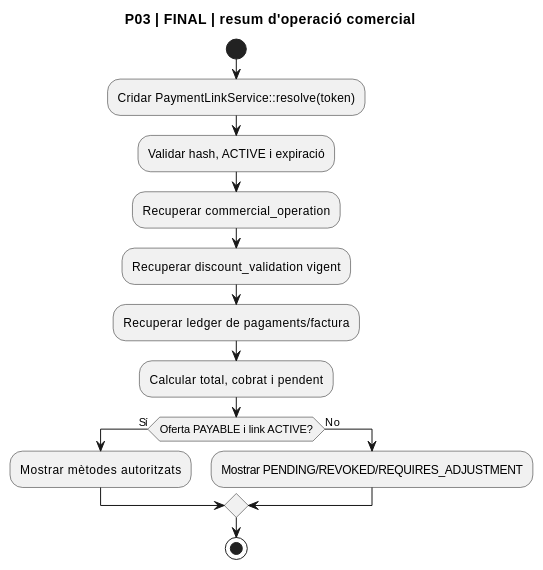
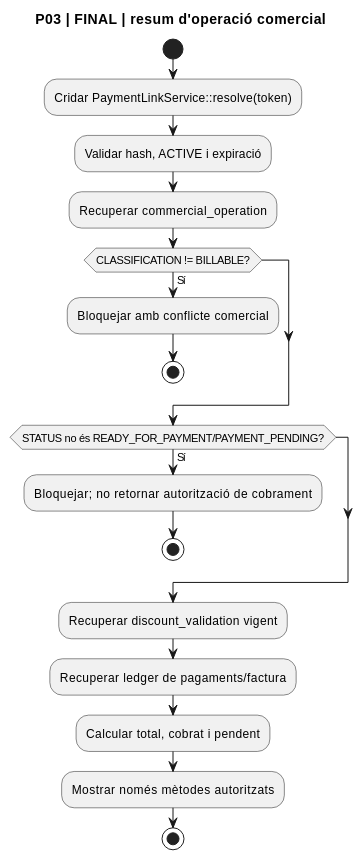
Before and after one commit to orgmeriemprismacat-del/verifactu: diagram 12 of 25 in documentacio/07-uml-integrat/uc-020-activitats-pagines-actual-final.md, drawn with PlantUML. The commit also changed other lines of this file, not shown here.

````diff
--- a/documentacio/07-uml-integrat/uc-020-activitats-pagines-actual-final.md
+++ b/documentacio/07-uml-integrat/uc-020-activitats-pagines-actual-final.md
@@ -295,18 +295,22 @@
 ```plantuml
 @startuml
 title P03 | FINAL | resum d'operació comercial
 start
 :Cridar PaymentLinkService::resolve(token);
 :Validar hash, ACTIVE i expiració;
 :Recuperar commercial_operation;
+if (CLASSIFICATION != BILLABLE?) then (Sí)
+ :Bloquejar amb conflicte comercial;
+ stop
+endif
+if (STATUS no és READY_FOR_PAYMENT/PAYMENT_PENDING?) then (Sí)
+ :Bloquejar; no retornar autorització de cobrament;
+ stop
+endif
 :Recuperar discount_validation vigent;
 :Recuperar ledger de pagaments/factura;
 :Calcular total, cobrat i pendent;
-if (Oferta PAYABLE i link ACTIVE?) then (Sí)
- :Mostrar mètodes autoritzats;
-else (No)
- :Mostrar PENDING/REVOKED/REQUIRES_ADJUSTMENT;
-endif
+:Mostrar només mètodes autoritzats;
 stop
 @enduml
 ```
````
